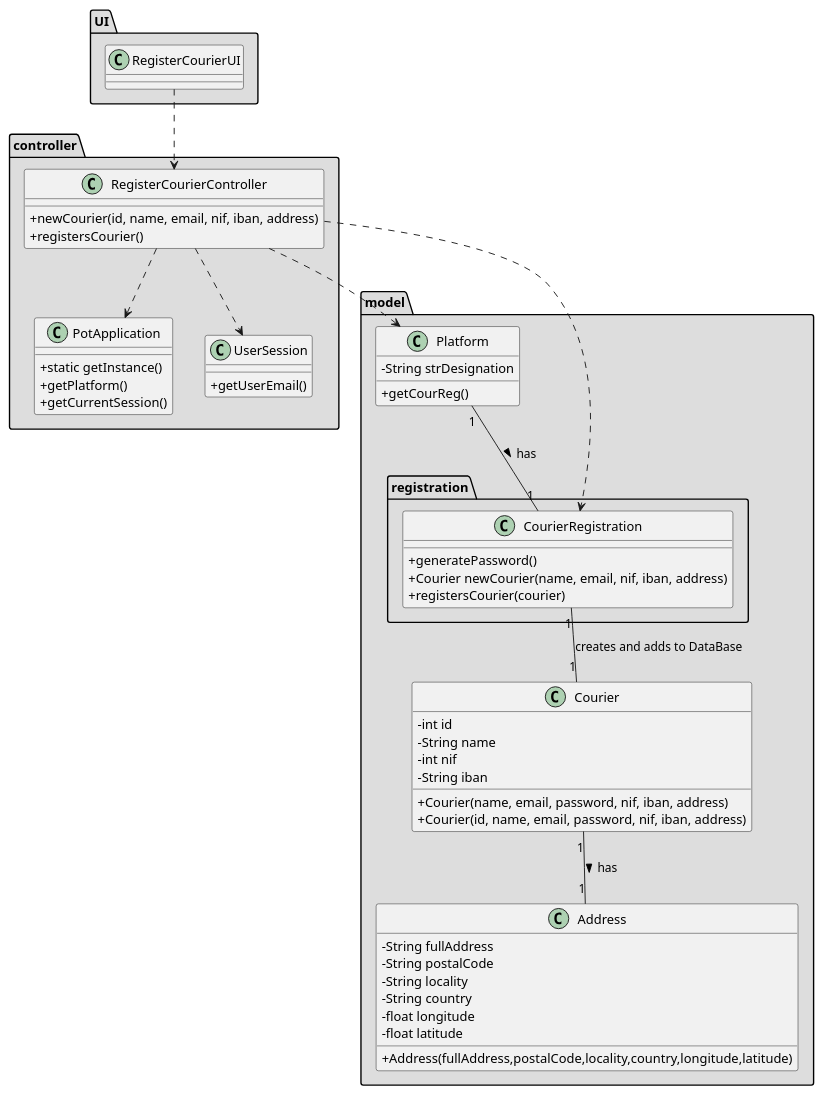
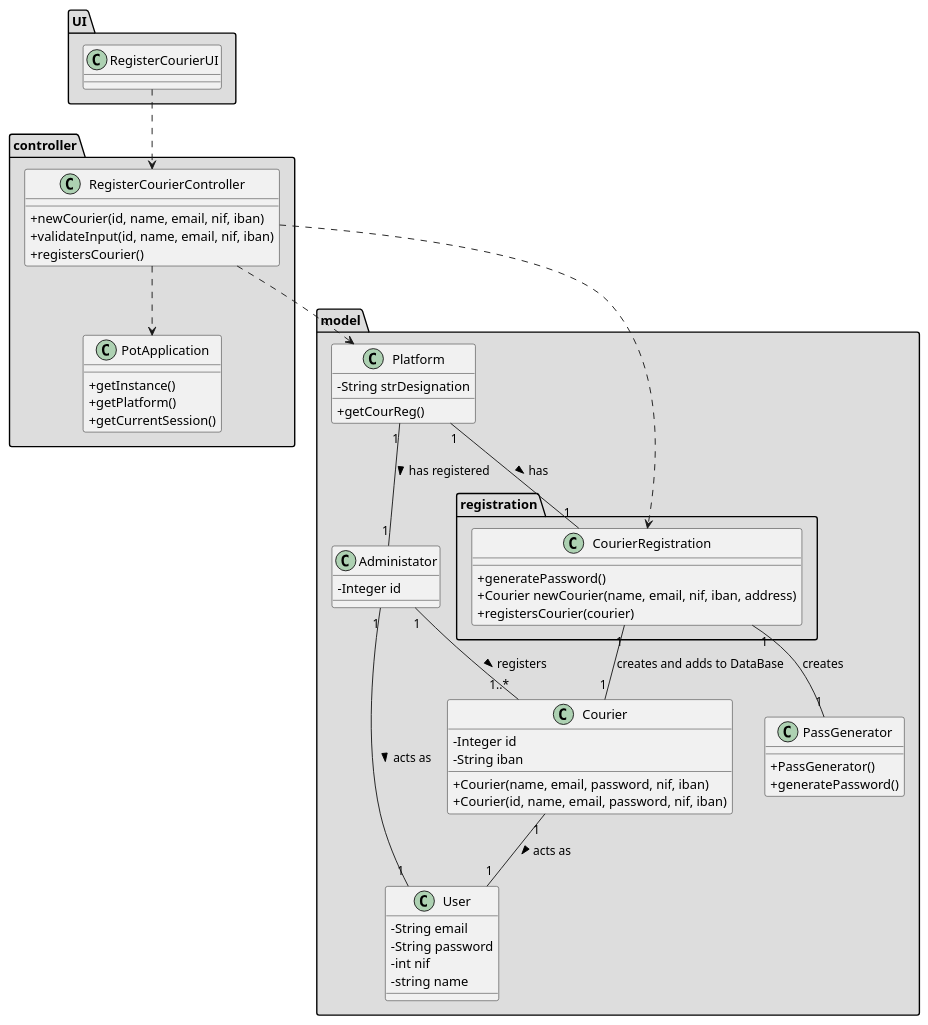
The diagram in docs/Iteration 1/Courier Management/US19_RegisterCourier/US19_CD.puml (tiagoavcosta25/LAPR3), drawn with PlantUML before and after one commit. The commit also changed 15 other files, not shown here.

Commit message:
LAPR2AP2 - 19 #fix RegisterCourier [Analysis] LAPR2AP2 - 19 #fix RegisterCourier [Design] LAPR2AP2 - 19 #close RegisterCourier [Implementation]

```diff
--- a/docs/Iteration 1/Courier Management/US19_RegisterCourier/US19_CD.puml
+++ b/docs/Iteration 1/Courier Management/US19_RegisterCourier/US19_CD.puml
@@ -1,85 +1,82 @@
 @startuml
 skinparam classAttributeIconSize 0
 
 package "UI" #DDDDDD{
 class RegisterCourierUI {
     
 }
 }
 package "controller" #DDDDDD{
 class RegisterCourierController {
     
-  +newCourier(id, name, email, nif, iban, address)
+  +newCourier(id, name, email, nif, iban)
+  +validateInput(id, name, email, nif, iban)
   +registersCourier()
 }
 class PotApplication
   {
-    +static getInstance()
+    +getInstance()
     +getPlatform()
     +getCurrentSession()
   }
-class UserSession
-  {
-    +getUserEmail()
-  }
+
 }
 package "model" #DDDDDD{
 class Platform {
   -String strDesignation
   +getCourReg()
 }
 
 class Courier {
-    -int id
-    -String name
-    -int nif
+    -Integer id
     -String iban
 
-   +Courier(name, email, password, nif, iban, address)
-   +Courier(id, name, email, password, nif, iban, address)
+   +Courier(name, email, password, nif, iban)
+   +Courier(id, name, email, password, nif, iban)
 
 }
+class Administator {
+      -Integer id
+}
 
-class Address{
-  -String fullAddress
-  -String postalCode
-  -String locality
-  -String country
-  -float longitude
-  -float latitude
+class PassGenerator {
+   +PassGenerator()
+   +generatePassword()
+}
 
-   +Address(fullAddress,postalCode,locality,country,longitude,latitude)
-
- }
 
 package "registration" #DDDDDD{
 class CourierRegistration {
 
   +generatePassword()
   +Courier newCourier(name, email, nif, iban, address)
   +registersCourier(courier)
 
 }
 }
+class User{
+  -String email
+  -String password
+  -int nif
+  -string name
+}
 }
 
 
-
-
-
-
-
 Platform "1" -- "1" CourierRegistration: has >
+Platform "1" -- "1" Administator: has registered >
+Administator "1" -- "1..*" Courier: registers >
+Administator "1" -- "1" User: acts as >
+Courier "1" -- "1" User: acts as >
 
 CourierRegistration "1" -- "1" Courier : creates and adds to DataBase
+CourierRegistration "1" -- "1" PassGenerator : creates
+
 
 RegisterCourierUI ..> RegisterCourierController
 
 RegisterCourierController ..> Platform
 RegisterCourierController ..> CourierRegistration
 RegisterCourierController ..> PotApplication
-RegisterCourierController ..> UserSession
-
-Courier "1" -- "1" Address: has  >
 
 @enduml
```
